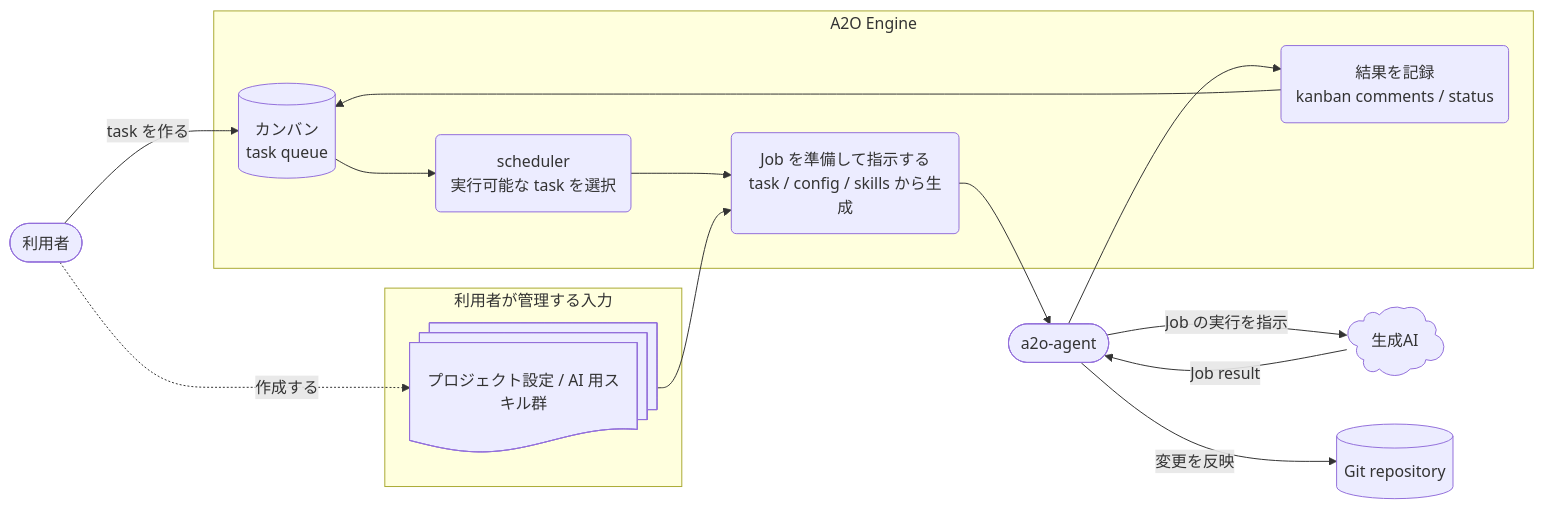
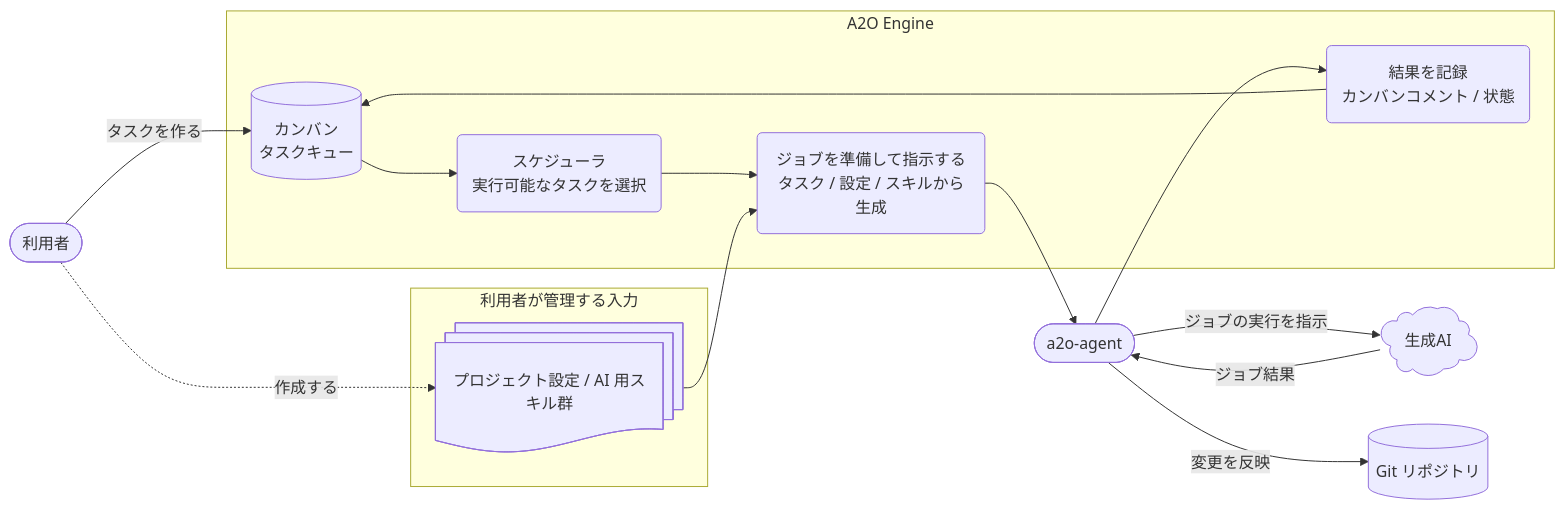
Before and after one commit to wamukat/a2o: the diagram in docs/ja/dev/00-architecture.md, drawn with Mermaid. The commit also changed other lines of this file and 21 other files, not shown here.

````diff
--- a/docs/ja/dev/00-architecture.md
+++ b/docs/ja/dev/00-architecture.md
@@ -40,31 +40,31 @@
 ```mermaid
 flowchart LR
   User@{ shape: stadium, label: "利用者" }
   Agent@{ shape: stadium, label: "a2o-agent" }
   AI@{ shape: cloud, label: "生成AI" }
 
   subgraph Inputs["利用者が管理する入力"]
     ProjectInputs@{ shape: docs, label: "プロジェクト設定 / AI 用スキル群" }
   end
 
   subgraph Engine["A2O Engine"]
-    Kanban@{ shape: cyl, label: "カンバン\ntask queue" }
-    Scheduler@{ shape: rounded, label: "scheduler\n実行可能な task を選択" }
-    Prepare@{ shape: rounded, label: "Job を準備して指示する\ntask / config / skills から生成" }
-    Report@{ shape: rounded, label: "結果を記録\nkanban comments / status" }
+    Kanban@{ shape: cyl, label: "カンバン\nタスクキュー" }
+    Scheduler@{ shape: rounded, label: "スケジューラ\n実行可能なタスクを選択" }
+    Prepare@{ shape: rounded, label: "ジョブを準備して指示する\nタスク / 設定 / スキルから生成" }
+    Report@{ shape: rounded, label: "結果を記録\nカンバンコメント / 状態" }
   end
 
-  Repository@{ shape: cyl, label: "Git repository" }
+  Repository@{ shape: cyl, label: "Git リポジトリ" }
 
-  User -->|"task を作る"| Kanban
+  User -->|"タスクを作る"| Kanban
   User -.->|"作成する"| ProjectInputs
   Kanban --> Scheduler
   Scheduler --> Prepare
   ProjectInputs --> Prepare
   Prepare --> Agent
-  Agent -->|"Job の実行を指示"| AI
-  AI -->|"Job result"| Agent
+  Agent -->|"ジョブの実行を指示"| AI
+  AI -->|"ジョブ結果"| Agent
   Agent -->|"変更を反映"| Repository
   Agent --> Report
   Report --> Kanban
 ```
````
